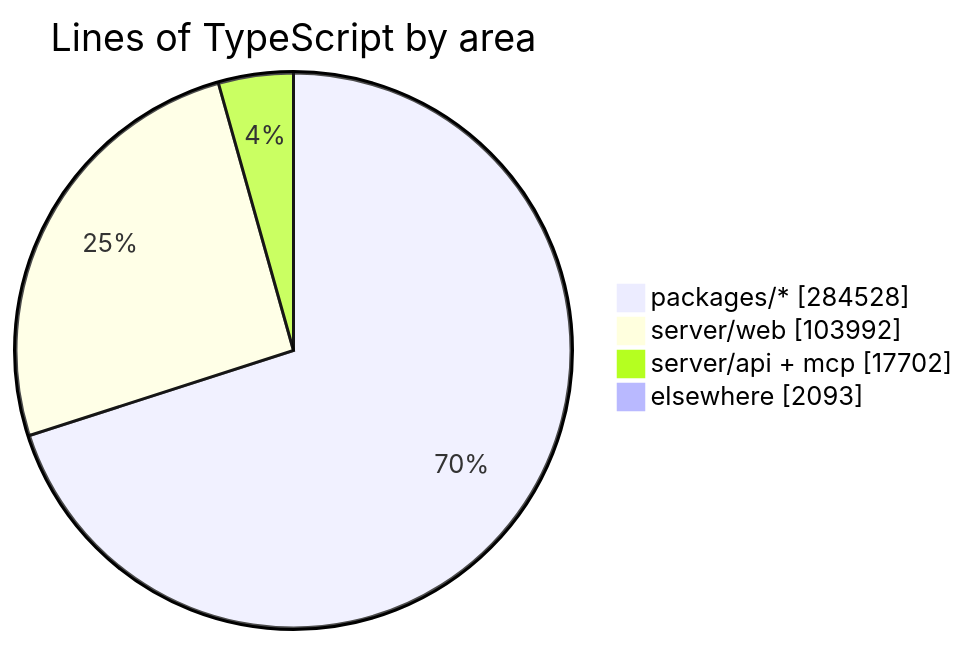
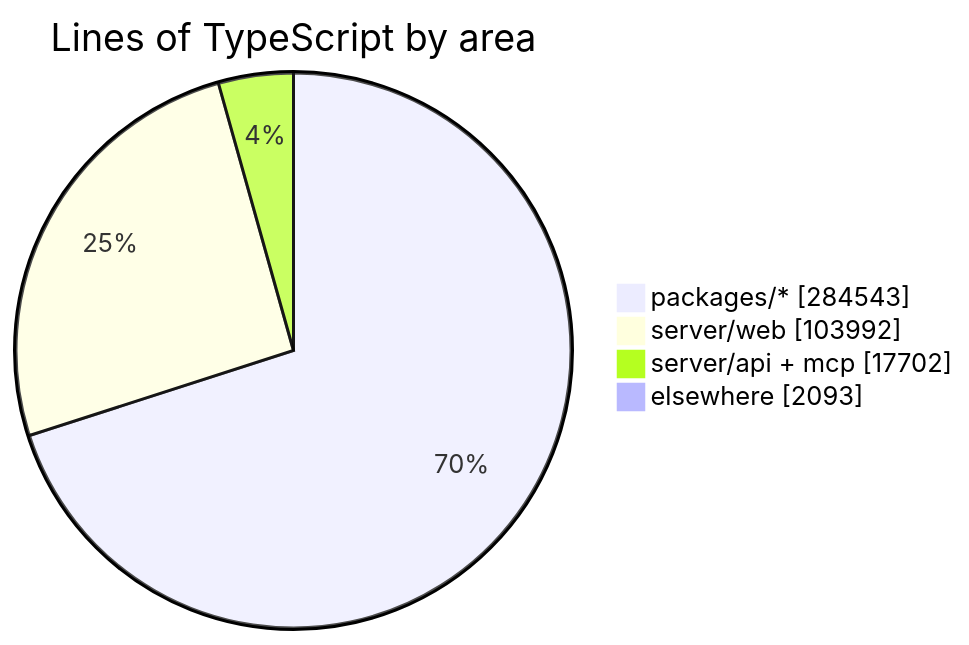
Before and after one commit to crossworks-engineering/mantle: the diagram in README.md, drawn with Mermaid. The commit also changed other lines of this file and 2 other files, not shown here.

````diff
--- a/README.md
+++ b/README.md
@@ -294,7 +294,7 @@
 ```mermaid
 pie showData title Lines of TypeScript by area
-    "packages/*" : 284528
+    "packages/*" : 284543
     "server/web" : 103992
     "server/api + mcp" : 17702
     "elsewhere" : 2093
 ```
````
